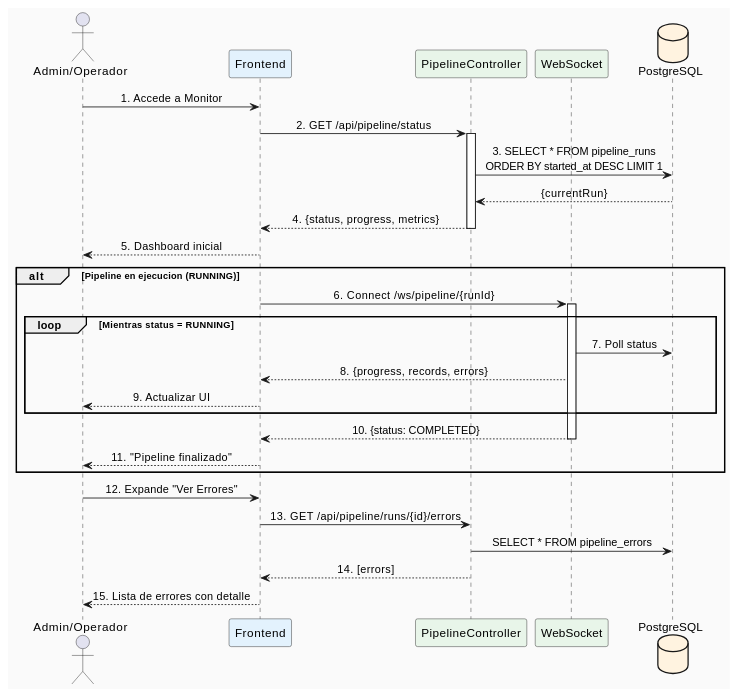
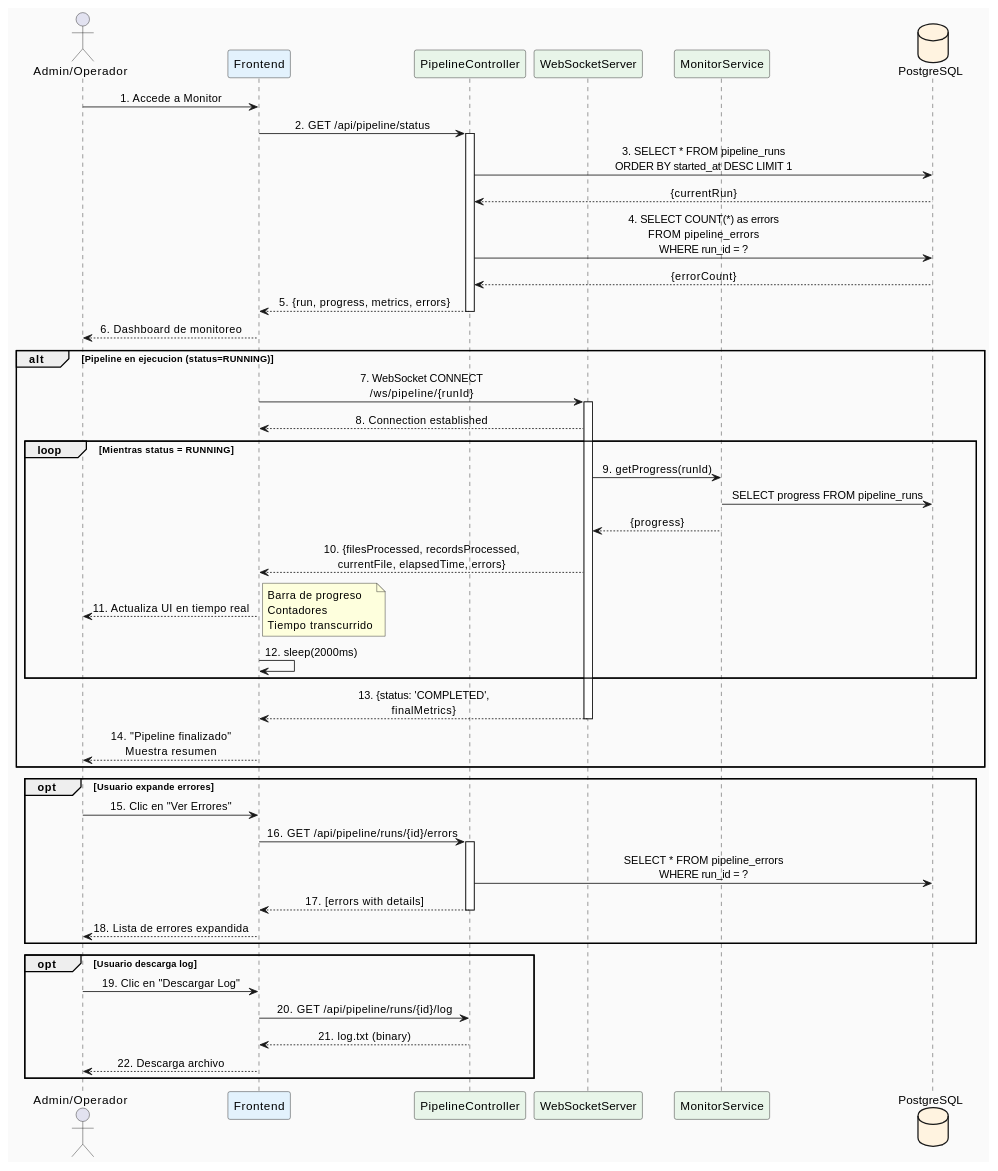
One commit to jcg-admin/IACT-docs changed the second of 3 diagrams in source/requisitos/casos_uso/pipeline/UC_051_Monitorear_Pipeline.rst. Above: the diagram before and after it, drawn with PlantUML. The commit also changed other lines of this file and 4 other files, not shown here.

```diff
--- a/source/requisitos/casos_uso/pipeline/UC_051_Monitorear_Pipeline.rst
+++ b/source/requisitos/casos_uso/pipeline/UC_051_Monitorear_Pipeline.rst
@@ -162,47 +184,69 @@
 .. uml::
    :caption: Secuencia - UC-051 Monitorear Pipeline
    :align: center
 
    @startuml
    skinparam backgroundColor #FAFAFA
    skinparam sequenceMessageAlign center
 
    actor "Admin/Operador" as U
    participant "Frontend" as FE #E3F2FD
    participant "PipelineController" as PC #E8F5E9
-   participant "WebSocket" as WS #E8F5E9
+   participant "WebSocketServer" as WS #E8F5E9
+   participant "MonitorService" as MS #E8F5E9
    database "PostgreSQL" as DB #FFF3E0
 
    U -> FE: 1. Accede a Monitor
    FE -> PC: 2. GET /api/pipeline/status
    activate PC
 
    PC -> DB: 3. SELECT * FROM pipeline_runs\nORDER BY started_at DESC LIMIT 1
    DB --> PC: {currentRun}
 
-   PC --> FE: 4. {status, progress, metrics}
+   PC -> DB: 4. SELECT COUNT(*) as errors\nFROM pipeline_errors\nWHERE run_id = ?
+   DB --> PC: {errorCount}
+
+   PC --> FE: 5. {run, progress, metrics, errors}
    deactivate PC
 
-   FE --> U: 5. Dashboard inicial
+   FE --> U: 6. Dashboard de monitoreo
 
-   alt Pipeline en ejecucion (RUNNING)
-       FE -> WS: 6. Connect /ws/pipeline/{runId}
+   alt Pipeline en ejecucion (status=RUNNING)
+       FE -> WS: 7. WebSocket CONNECT\n/ws/pipeline/{runId}
        activate WS
+       WS --> FE: 8. Connection established
 
        loop Mientras status = RUNNING
-           WS -> DB: 7. Poll status
-           WS --> FE: 8. {progress, records, errors}
-           FE --> U: 9. Actualizar UI
+           WS -> MS: 9. getProgress(runId)
+           MS -> DB: SELECT progress FROM pipeline_runs
+           MS --> WS: {progress}
+
+           WS --> FE: 10. {filesProcessed, recordsProcessed,\ncurrentFile, elapsedTime, errors}
+           FE --> U: 11. Actualiza UI en tiempo real
+           note right: Barra de progreso\nContadores\nTiempo transcurrido
+
+           FE -> FE: 12. sleep(2000ms)
        end
 
-       WS --> FE: 10. {status: COMPLETED}
+       WS --> FE: 13. {status: 'COMPLETED',\nfinalMetrics}
        deactivate WS
-       FE --> U: 11. "Pipeline finalizado"
+       FE --> U: 14. "Pipeline finalizado"\nMuestra resumen
    end
 
-   U -> FE: 12. Expande "Ver Errores"
-   FE -> PC: 13. GET /api/pipeline/runs/{id}/errors
-   PC -> DB: SELECT * FROM pipeline_errors
-   PC --> FE: 14. [errors]
-   FE --> U: 15. Lista de errores con detalle
+   opt Usuario expande errores
+       U -> FE: 15. Clic en "Ver Errores"
+       FE -> PC: 16. GET /api/pipeline/runs/{id}/errors
+       activate PC
+       PC -> DB: SELECT * FROM pipeline_errors\nWHERE run_id = ?
+       PC --> FE: 17. [errors with details]
+       deactivate PC
+       FE --> U: 18. Lista de errores expandida
+   end
+
+   opt Usuario descarga log
+       U -> FE: 19. Clic en "Descargar Log"
+       FE -> PC: 20. GET /api/pipeline/runs/{id}/log
+       PC --> FE: 21. log.txt (binary)
+       FE --> U: 22. Descarga archivo
+   end
    @enduml
```
